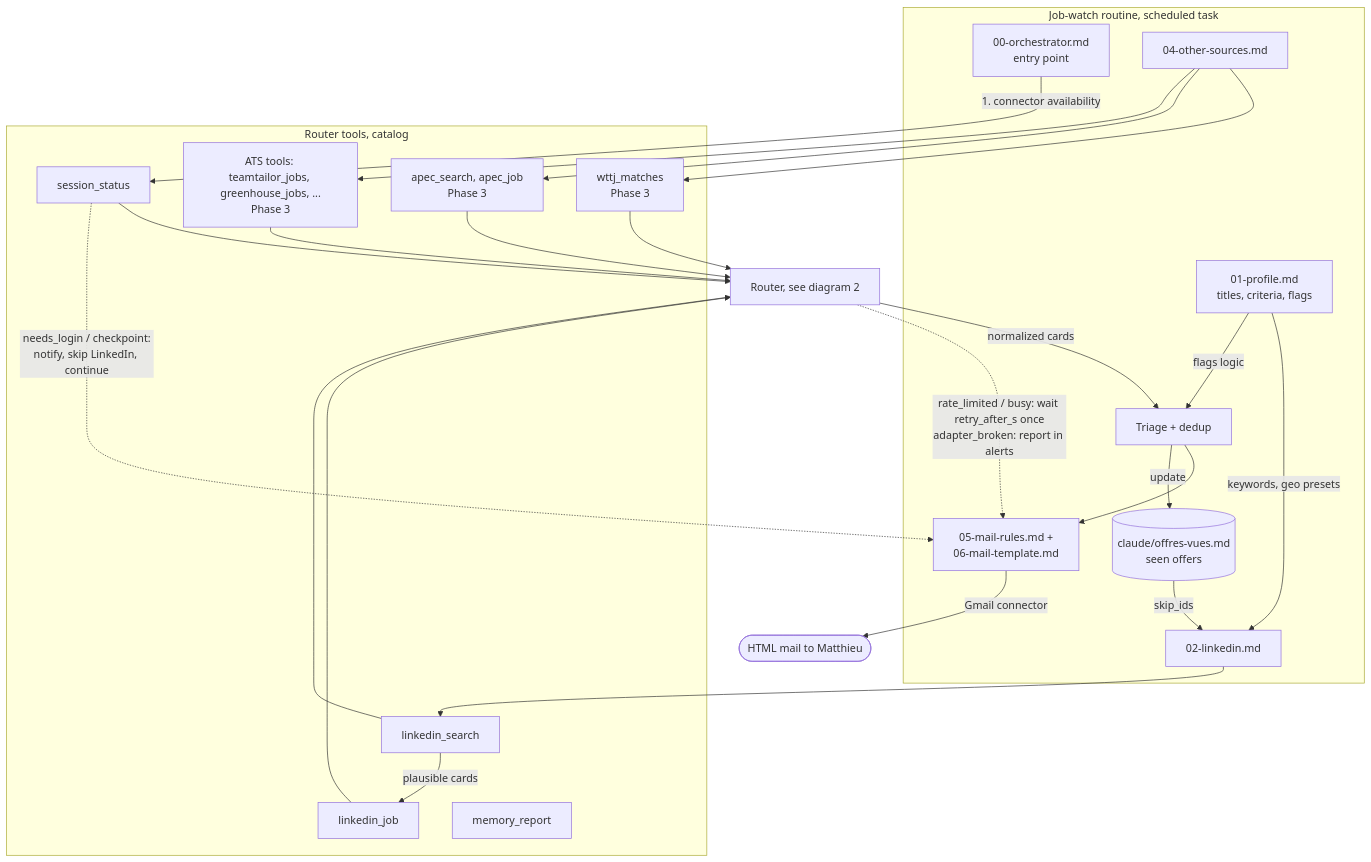
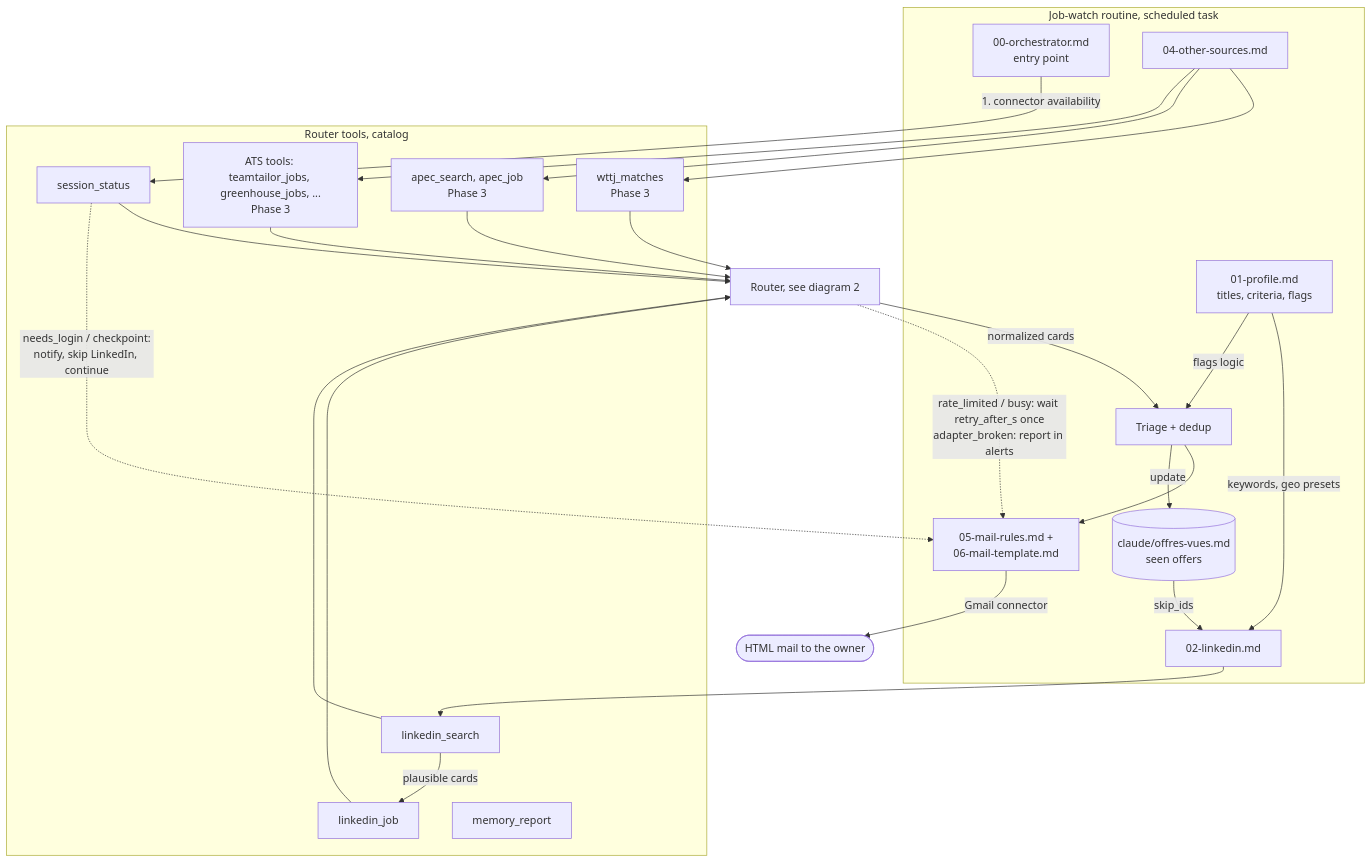
One commit to notcheu/jobwatch-mcp changed the fifth of 7 diagrams in docs/plans/16-architecture-diagrams.md. Above: the diagram before and after it, drawn with Mermaid. The commit also changed other lines of this file and 32 other files, not shown here.

````diff
--- a/docs/plans/16-architecture-diagrams.md
+++ b/docs/plans/16-architecture-diagrams.md
@@ -188,41 +188,41 @@
 ```mermaid
 flowchart TB
   subgraph Routine["Job-watch routine, scheduled task"]
     Orch["00-orchestrator.md<br/>entry point"]
     Prof["01-profile.md<br/>titles, criteria, flags"]
     LIs["02-linkedin.md"]
     Oth["04-other-sources.md"]
     Mem[("claude/offres-vues.md<br/>seen offers")]
     Triage["Triage + dedup"]
     Mail["05-mail-rules.md +<br/>06-mail-template.md"]
   end
 
   subgraph Tools["Router tools, catalog"]
     SS["session_status"]
     LS["linkedin_search"]
     LJ["linkedin_job"]
     WM["wttj_matches<br/>Phase 3"]
     AS["apec_search, apec_job<br/>Phase 3"]
     AJ["ATS tools: teamtailor_jobs, greenhouse_jobs, ...<br/>Phase 3"]
     MR["memory_report"]
   end
 
   Orch -- "1. connector availability" --> SS
   Prof -- "keywords, geo presets" --> LIs
   Mem -- "skip_ids" --> LIs
   LIs --> LS
   LS -- "plausible cards" --> LJ
   Oth --> WM
   Oth --> AS
   Oth --> AJ
 
   SS & LS & LJ & WM & AS & AJ --> RouterBox["Router, see diagram 2"]
   RouterBox -- "normalized cards" --> Triage
   Prof -- "flags logic" --> Triage
   Triage --> Mail
   Triage -- "update" --> Mem
-  Mail -- "Gmail connector" --> Out(["HTML mail to Matthieu"])
+  Mail -- "Gmail connector" --> Out(["HTML mail to the owner"])
 
   SS -. "needs_login / checkpoint:<br/>notify, skip LinkedIn, continue" .-> Mail
   RouterBox -. "rate_limited / busy: wait retry_after_s once<br/>adapter_broken: report in alerts" .-> Mail
 ```
````
